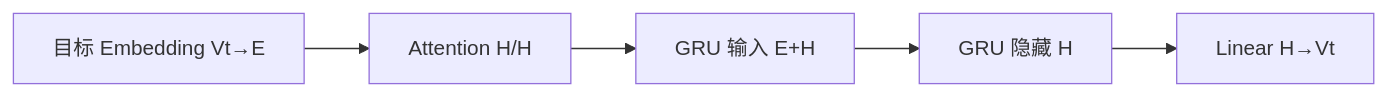
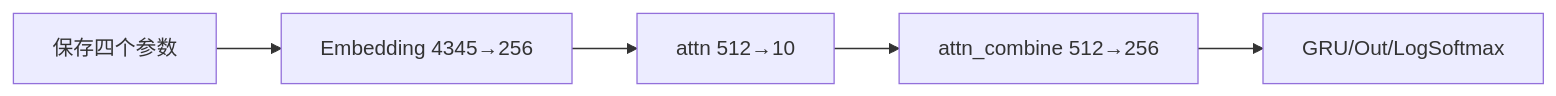
Before and after one commit to luyunix/nlp_study: the first of 2 diagrams in notes/seq2seq-translation/15-attention-decoder-code-part1.md, drawn with Mermaid. The commit also changed other lines of this file and 66 other files, not shown here.

````diff
--- a/notes/seq2seq-translation/15-attention-decoder-code-part1.md
+++ b/notes/seq2seq-translation/15-attention-decoder-code-part1.md
@@ -17,12 +17,12 @@
 ```mermaid
 flowchart LR
-    N0["目标 Embedding Vt→E"]
-    N1["Attention H/H"]
-    N2["GRU 输入 E+H"]
-    N3["GRU 隐藏 H"]
-    N4["Linear H→Vt"]
+    N0["保存四个参数"]
+    N1["Embedding 4345→256"]
+    N2["attn 512→10"]
+    N3["attn_combine 512→256"]
+    N4["GRU/Out/LogSoftmax"]
     N0 --> N1
     N1 --> N2
     N2 --> N3
     N3 --> N4
 ```
````
